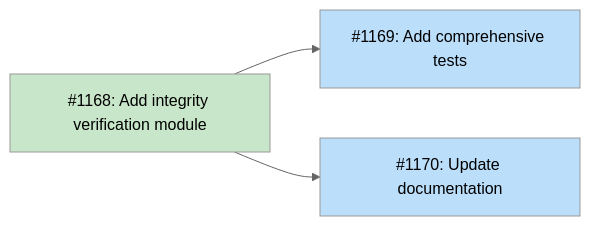
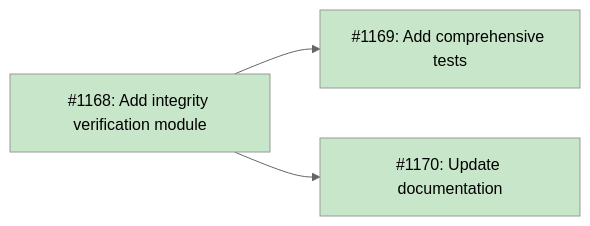
Before and after one commit to tsukumogami/tsuku: the diagram in docs/designs/DESIGN-library-verify-integrity.md, drawn with Mermaid (neutral theme). The commit also changed other lines of this file and 2 other files, not shown here.

````diff
--- a/docs/designs/DESIGN-library-verify-integrity.md
+++ b/docs/designs/DESIGN-library-verify-integrity.md
@@ -26,17 +26,16 @@
 ```mermaid
 graph LR
     I1168["#1168: Add integrity verification module"]
     I1169["#1169: Add comprehensive tests"]
     I1170["#1170: Update documentation"]
 
     I1168 --> I1169
     I1168 --> I1170
 
     classDef done fill:#c8e6c9
     classDef ready fill:#bbdefb
     classDef blocked fill:#fff9c4
     classDef needsDesign fill:#e1bee7
 
-    class I1168 done
-    class I1169,I1170 ready
+    class I1168,I1169,I1170 done
 ```
````
